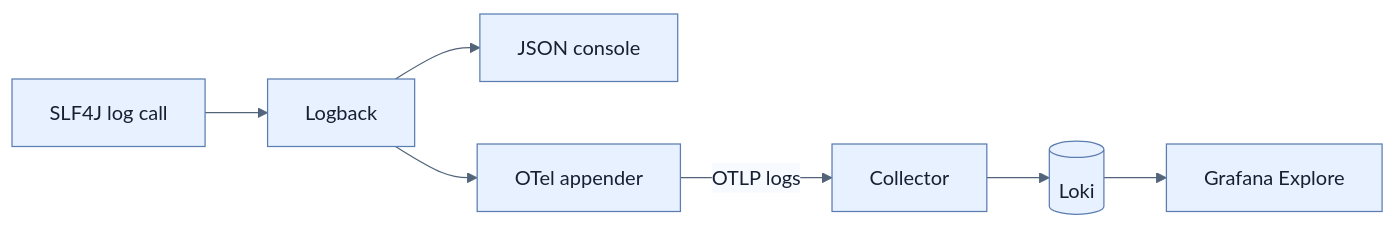
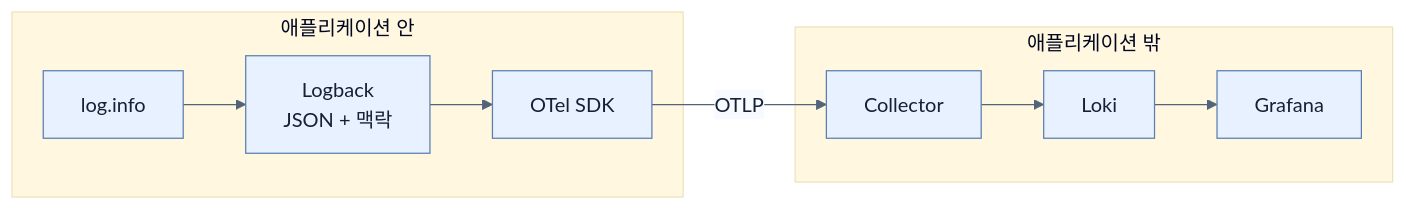
The second of 2 diagrams in spring-boot-4-pdf-notes/part-5-observing-spring-boot-4-applications/chapter-13-observing-spring-boot-4-applications/03-structured-logging-with-loki-and-grafana.md (sing-u8/Learning_Spring_Boot_4), drawn with Mermaid before and after one commit. The commit also changed other lines of this file and 253 other files, not shown here.

````diff
--- a/spring-boot-4-pdf-notes/part-5-observing-spring-boot-4-applications/chapter-13-observing-spring-boot-4-applications/03-structured-logging-with-loki-and-grafana.md
+++ b/spring-boot-4-pdf-notes/part-5-observing-spring-boot-4-applications/chapter-13-observing-spring-boot-4-applications/03-structured-logging-with-loki-and-grafana.md
@@ -30,10 +133,15 @@
 ```mermaid
 %%{init: {'theme': 'base', 'themeVariables': {'background': '#ffffff', 'primaryColor': '#e8f1ff', 'primaryTextColor': '#172033', 'primaryBorderColor': '#5b7db1', 'lineColor': '#52647a', 'secondaryColor': '#f7fbff', 'tertiaryColor': '#fff7df'}}}%%
 flowchart LR
-    S[SLF4J log call] --> B[Logback]
-    B --> J[JSON console]
-    B --> A[OTel appender]
-    A -->|OTLP logs| C[Collector]
-    C --> L[(Loki)]
-    L --> G[Grafana Explore]
+    subgraph 앱["애플리케이션 안"]
+        A1["log.info"]
+        A2["Logback<br/>JSON + 맥락"]
+        A3["OTel SDK"]
+    end
+    subgraph 밖["애플리케이션 밖"]
+        B1["Collector"]
+        B2["Loki"]
+        B3["Grafana"]
+    end
+    A1 --> A2 --> A3 -->|OTLP| B1 --> B2 --> B3
 ```
````
